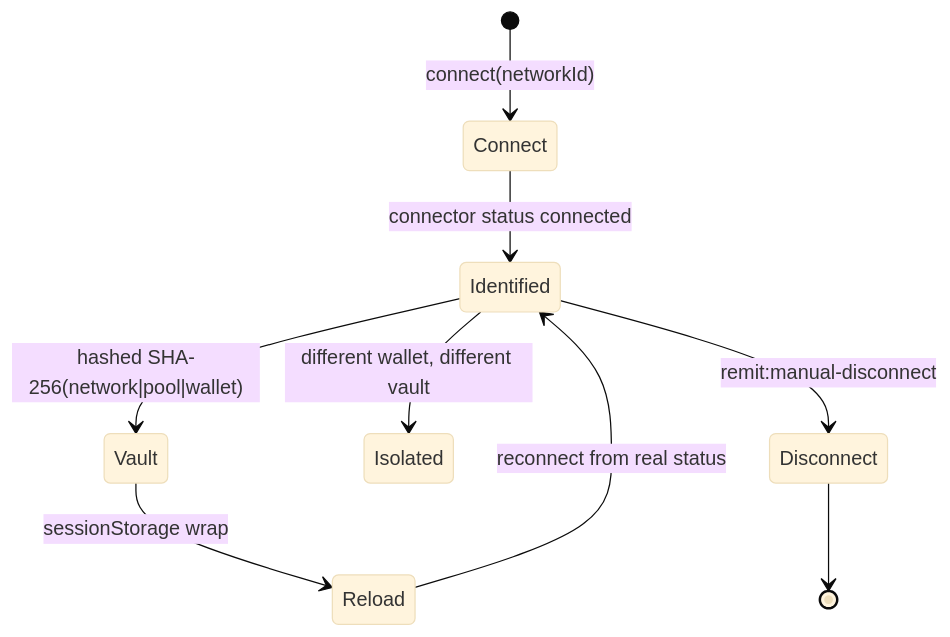
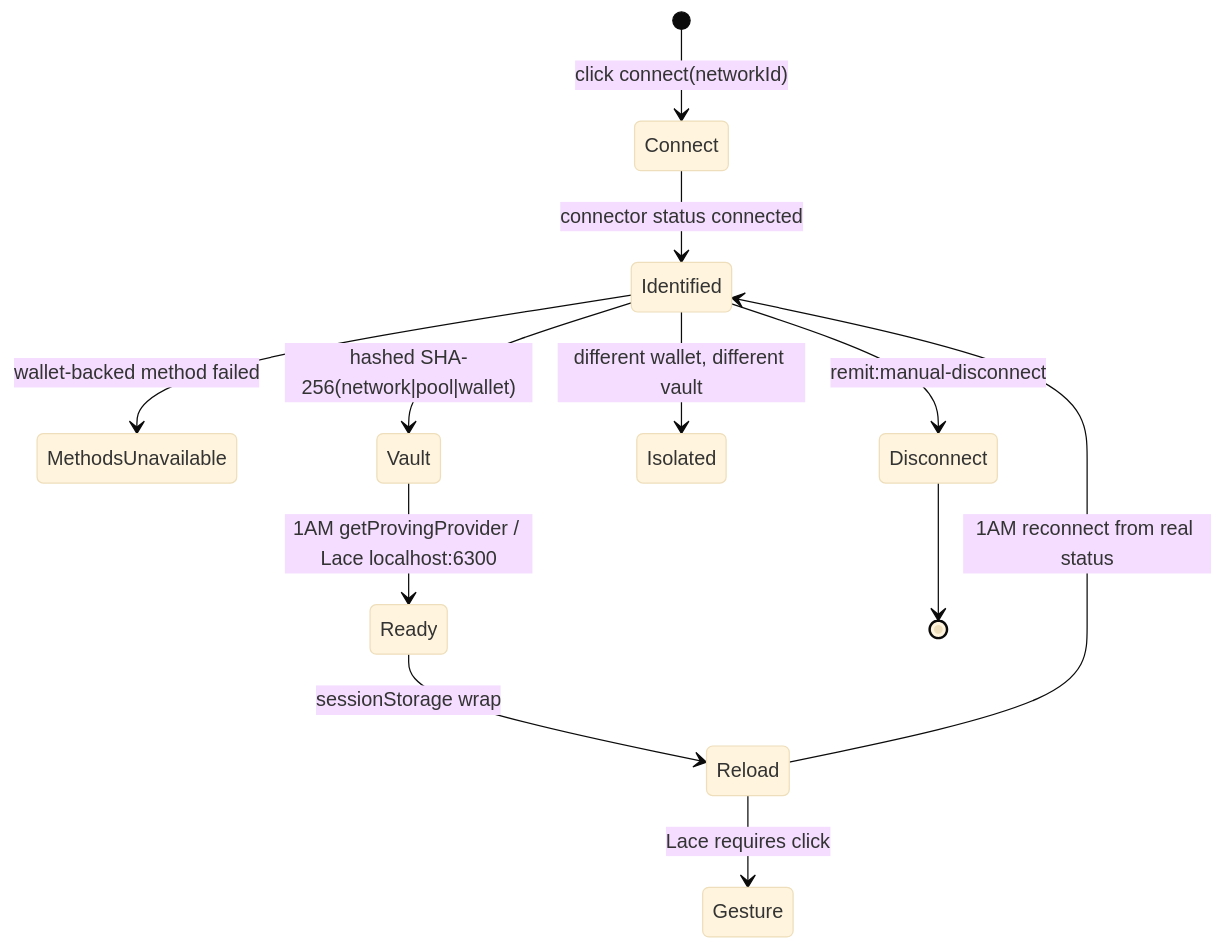
The eighth of 9 diagrams in README.md (mohamedwael201193/REMIT), drawn with Mermaid (base theme) before and after one commit. The commit also changed other lines of this file and 10 other files, not shown here.

First line of the commit message:
﻿fix: clarify wallet capability flow

````diff
--- a/README.md
+++ b/README.md
@@ -353,11 +364,14 @@
 ```mermaid
 stateDiagram-v2
-  [*] --> Connect: connect(networkId)
+  [*] --> Connect: click connect(networkId)
   Connect --> Identified: connector status connected
+  Identified --> MethodsUnavailable: wallet-backed method failed
   Identified --> Vault: hashed SHA-256(network|pool|wallet)
-  Vault --> Reload: sessionStorage wrap
-  Reload --> Identified: reconnect from real status
+  Vault --> Ready: 1AM getProvingProvider / Lace localhost:6300
+  Ready --> Reload: sessionStorage wrap
+  Reload --> Gesture: Lace requires click
+  Reload --> Identified: 1AM reconnect from real status
   Identified --> Isolated: different wallet, different vault
   Identified --> Disconnect: remit:manual-disconnect
   Disconnect --> [*]
 ```
````
